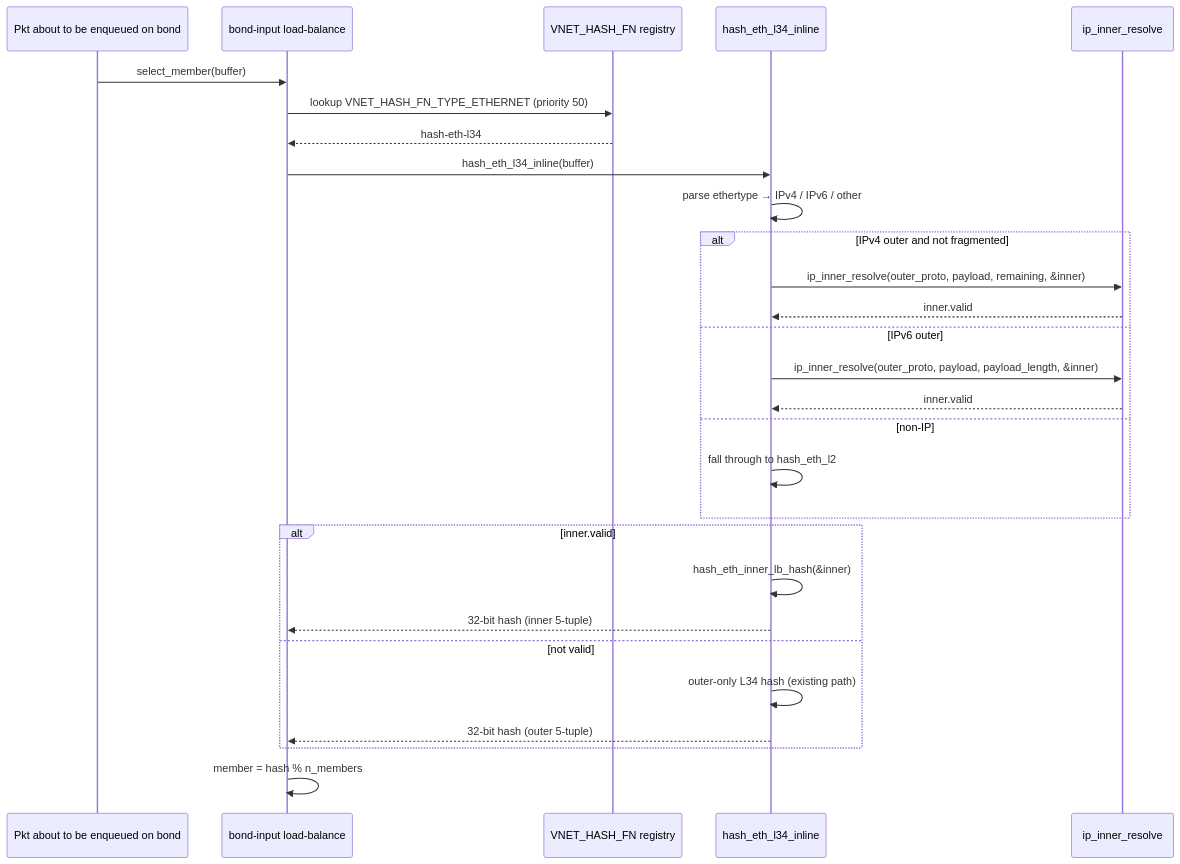
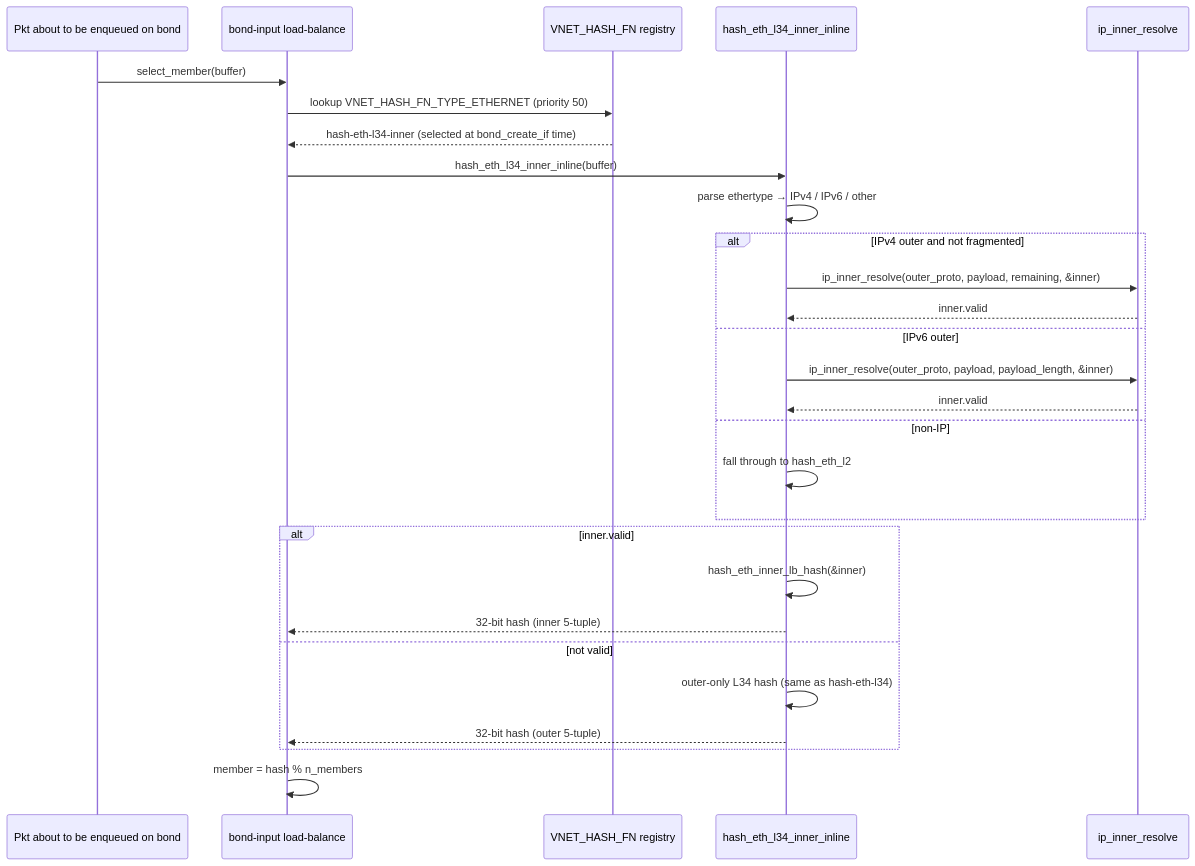
Before and after one commit to sonic-net/sonic-platform-vpp: the second of 2 diagrams in docs/HLD/vpp-inner-aware-flow-hash.md, drawn with Mermaid. The commit also changed other lines of this file, not shown here.

````diff
--- a/docs/HLD/vpp-inner-aware-flow-hash.md
+++ b/docs/HLD/vpp-inner-aware-flow-hash.md
@@ -424,31 +602,31 @@
 ```mermaid
 sequenceDiagram
     participant Pkt as Pkt about to be enqueued on bond
     participant Tx as bond-input load-balance
     participant Reg as VNET_HASH_FN registry
-    participant L34 as hash_eth_l34_inline
+    participant L34i as hash_eth_l34_inner_inline
     participant Helper as ip_inner_resolve
 
     Pkt->>Tx: select_member(buffer)
     Tx->>Reg: lookup VNET_HASH_FN_TYPE_ETHERNET (priority 50)
-    Reg-->>Tx: hash-eth-l34
-    Tx->>L34: hash_eth_l34_inline(buffer)
-    L34->>L34: parse ethertype → IPv4 / IPv6 / other
+    Reg-->>Tx: hash-eth-l34-inner (selected at bond_create_if time)
+    Tx->>L34i: hash_eth_l34_inner_inline(buffer)
+    L34i->>L34i: parse ethertype → IPv4 / IPv6 / other
     alt IPv4 outer and not fragmented
-        L34->>Helper: ip_inner_resolve(outer_proto, payload, remaining, &inner)
-        Helper-->>L34: inner.valid
+        L34i->>Helper: ip_inner_resolve(outer_proto, payload, remaining, &inner)
+        Helper-->>L34i: inner.valid
     else IPv6 outer
-        L34->>Helper: ip_inner_resolve(outer_proto, payload, payload_length, &inner)
-        Helper-->>L34: inner.valid
+        L34i->>Helper: ip_inner_resolve(outer_proto, payload, payload_length, &inner)
+        Helper-->>L34i: inner.valid
     else non-IP
-        L34->>L34: fall through to hash_eth_l2
+        L34i->>L34i: fall through to hash_eth_l2
     end
     alt inner.valid
-        L34->>L34: hash_eth_inner_lb_hash(&inner)
-        L34-->>Tx: 32-bit hash (inner 5-tuple)
+        L34i->>L34i: hash_eth_inner_lb_hash(&inner)
+        L34i-->>Tx: 32-bit hash (inner 5-tuple)
     else not valid
-        L34->>L34: outer-only L34 hash (existing path)
-        L34-->>Tx: 32-bit hash (outer 5-tuple)
+        L34i->>L34i: outer-only L34 hash (same as hash-eth-l34)
+        L34i-->>Tx: 32-bit hash (outer 5-tuple)
     end
     Tx->>Tx: member = hash % n_members
 ```
````
